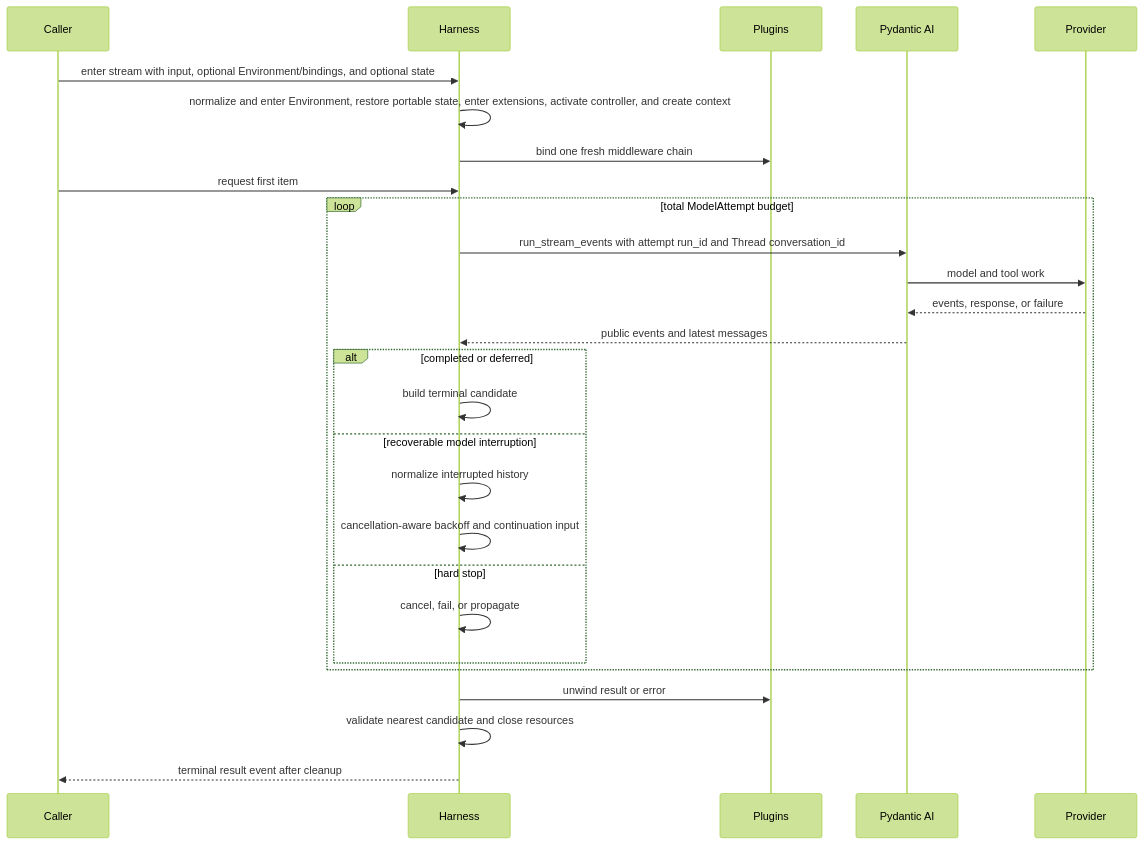
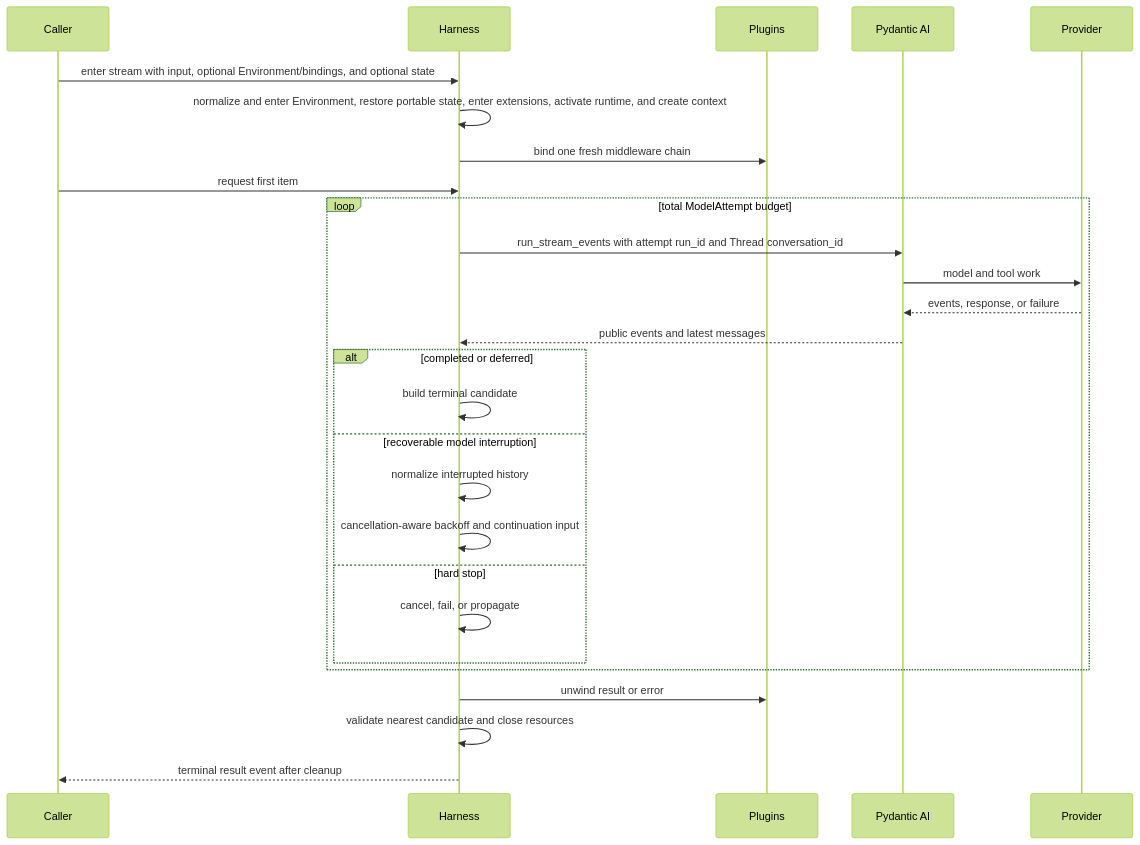
The second of 2 diagrams in spec/agent-harness/06-execution-context-and-lifecycle.md (LTThreeComma/agent-foundation), drawn with Mermaid (forest theme) before and after one commit. The commit also changed other lines of this file and 135 other files, not shown here.

Commit message:
refactor(environment): adopt runtime mount model (#56)

````diff
--- a/spec/agent-harness/06-execution-context-and-lifecycle.md
+++ b/spec/agent-harness/06-execution-context-and-lifecycle.md
@@ -89,30 +89,30 @@
 ```mermaid
 sequenceDiagram
     participant Caller
     participant Harness
     participant Plugins
     participant PAI as Pydantic AI
     participant Provider
 
     Caller->>Harness: enter stream with input, optional Environment/bindings, and optional state
-    Harness->>Harness: normalize and enter Environment, restore portable state, enter extensions, activate controller, and create context
+    Harness->>Harness: normalize and enter Environment, restore portable state, enter extensions, activate runtime, and create context
     Harness->>Plugins: bind one fresh middleware chain
     Caller->>Harness: request first item
     loop total ModelAttempt budget
         Harness->>PAI: run_stream_events with attempt run_id and Thread conversation_id
         PAI->>Provider: model and tool work
         Provider-->>PAI: events, response, or failure
         PAI-->>Harness: public events and latest messages
         alt completed or deferred
             Harness->>Harness: build terminal candidate
         else recoverable model interruption
             Harness->>Harness: normalize interrupted history
             Harness->>Harness: cancellation-aware backoff and continuation input
         else hard stop
             Harness->>Harness: cancel, fail, or propagate
         end
     end
     Harness->>Plugins: unwind result or error
     Harness->>Harness: validate nearest candidate and close resources
     Harness-->>Caller: terminal result event after cleanup
 ```
````
